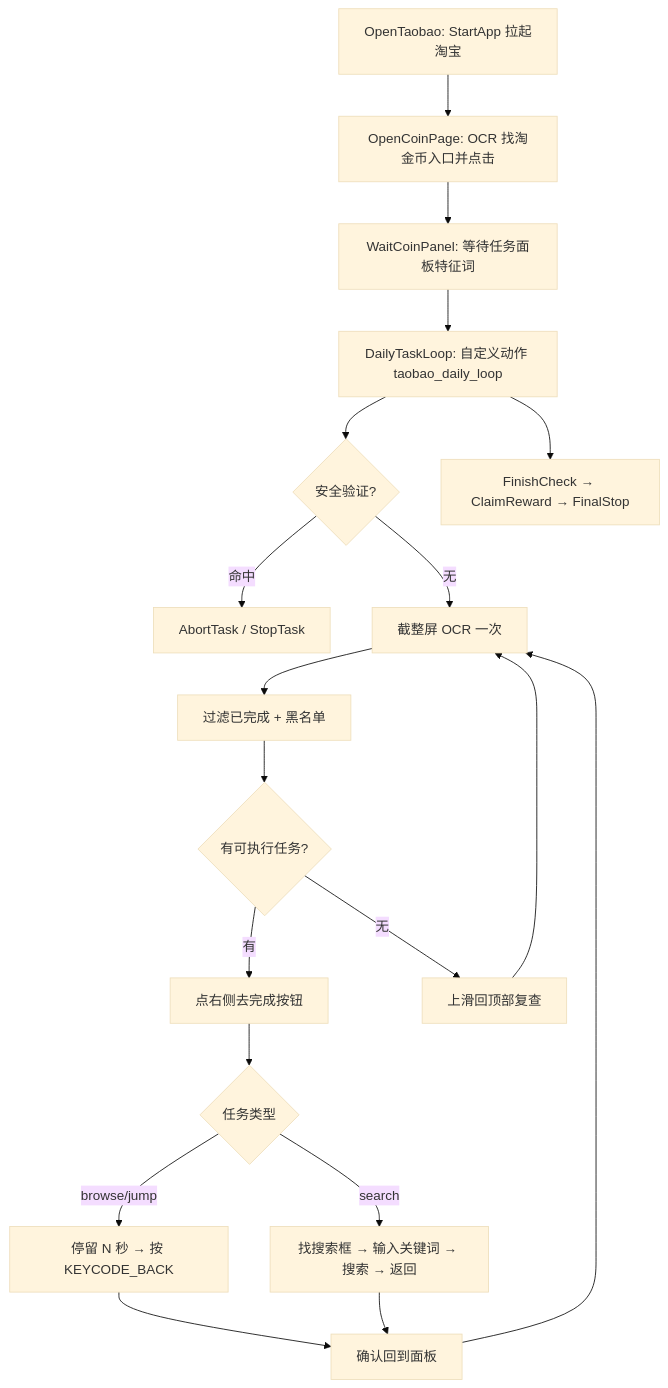
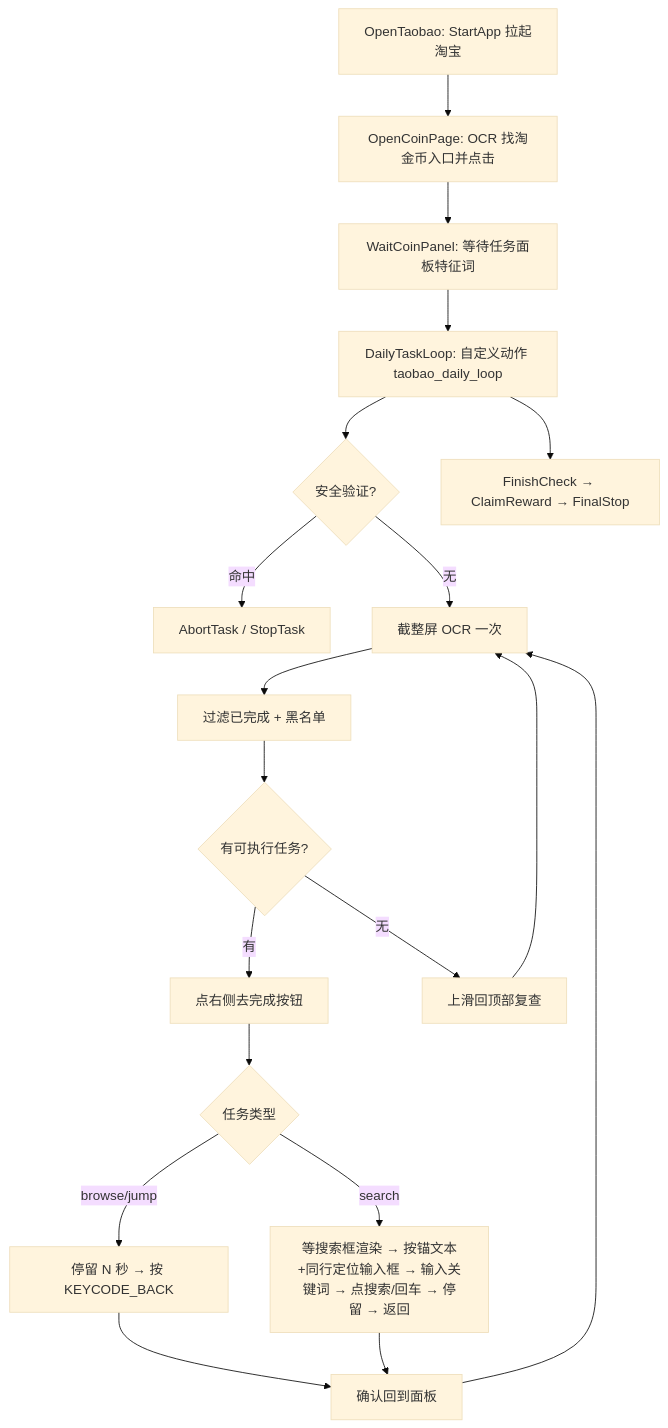
One commit to yebiaojun7-blip/AutoTaskFlowAutoTaskFlow changed the diagram in Readme.md. Above: the diagram before and after it, drawn with Mermaid (base theme). The commit also changed other lines of this file and 3 other files, not shown here.

````diff
--- a/Readme.md
+++ b/Readme.md
@@ -314,21 +315,21 @@
 ```mermaid
 flowchart TD
     A[OpenTaobao: StartApp 拉起淘宝] --> B[OpenCoinPage: OCR 找淘金币入口并点击]
     B --> C[WaitCoinPanel: 等待任务面板特征词]
     C --> D[DailyTaskLoop: 自定义动作 taobao_daily_loop]
     D --> E{安全验证?}
     E -->|命中| Z[AbortTask / StopTask]
     E -->|无| F[截整屏 OCR 一次]
     F --> G[过滤已完成 + 黑名单]
     G --> H{有可执行任务?}
     H -->|有| I[点右侧去完成按钮]
     I --> J{任务类型}
     J -->|browse/jump| K[停留 N 秒 → 按 KEYCODE_BACK]
-    J -->|search| L[找搜索框 → 输入关键词 → 搜索 → 返回]
+    J -->|search| L[等搜索框渲染 → 按锚文本+同行定位输入框 → 输入关键词 → 点搜索/回车 → 停留 → 返回]
     K --> M[确认回到面板]
     L --> M
     M --> F
     H -->|无| N[上滑回顶部复查]
     N --> F
     D --> O[FinishCheck → ClaimReward → FinalStop]
 ```
````
